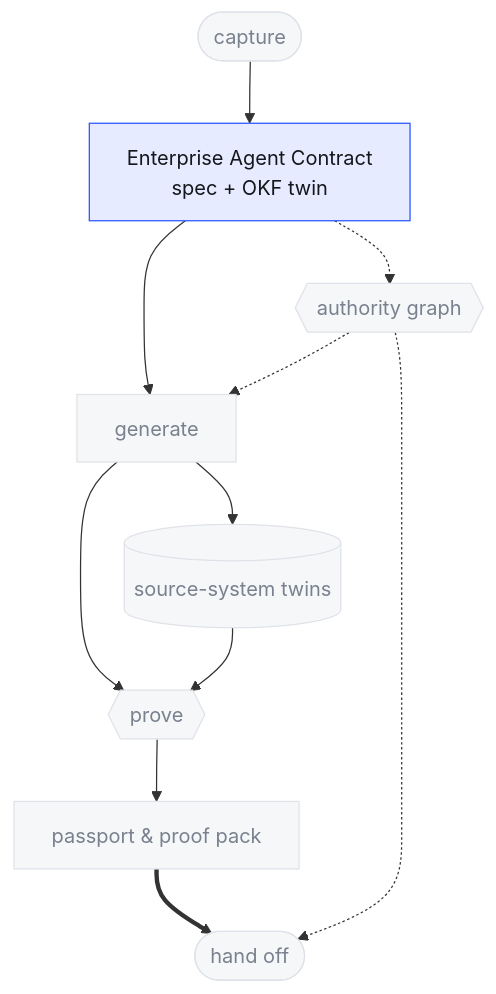
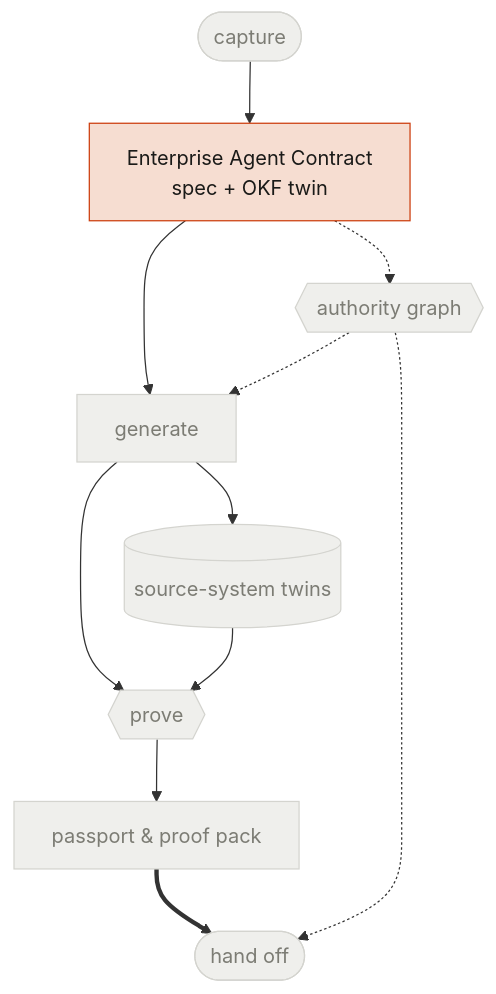
The diagram in docs/diagrams-src/signature-pipeline-enterprise-agent-contract.mmd (vamsiramakrishnan/ge-agent-factory), drawn with Mermaid before and after one commit. The commit also changed 87 other files, not shown here.

```diff
--- a/docs/diagrams-src/signature-pipeline-enterprise-agent-contract.mmd
+++ b/docs/diagrams-src/signature-pipeline-enterprise-agent-contract.mmd
@@ -1,25 +1,25 @@
 flowchart TD
     CAP(["capture"])
     CONTRACT["Enterprise Agent Contract\nspec + OKF twin"]
     GEN["generate"]
     TWIN[("source-system twins")]
     PROVE{{"prove"}}
     PASSPORT["passport & proof pack"]
     HANDOFF(["hand off"])
     AUTH{{"authority graph"}}
 
     CAP --> CONTRACT
     CONTRACT --> GEN
     GEN --> TWIN
     GEN --> PROVE
     TWIN --> PROVE
     PROVE --> PASSPORT
     PASSPORT ==> HANDOFF
     CONTRACT -.-> AUTH
     AUTH -.-> GEN
     AUTH -.-> HANDOFF
 
-    classDef contract fill:#e6ebff,stroke:#2953ff,color:#14171c
-    classDef dim fill:#f6f7f9,stroke:#dfe2e8,color:#79818e
+    classDef contract fill:#f6ddd1,stroke:#cc3d0d,color:#1a1a18
+    classDef dim fill:#efefec,stroke:#d4d4cf,color:#7c7c74
     class CONTRACT contract
     class CAP,GEN,TWIN,PROVE,PASSPORT,HANDOFF,AUTH dim
```
